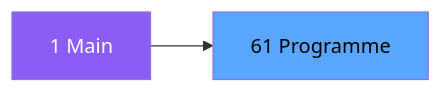
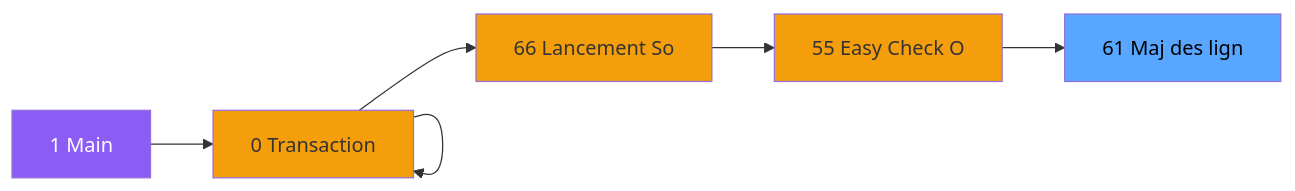
Before and after one commit to thonyAGP/magic-migration: the second of 3 diagrams in .openspec/specs/ADH-IDE-61.md, drawn with Mermaid. The commit also changed other lines of this file and 323 other files, not shown here.

````diff
--- a/.openspec/specs/ADH-IDE-61.md
+++ b/.openspec/specs/ADH-IDE-61.md
@@ -101,8 +121,23 @@
 ```mermaid
 graph LR
     M[1 Main]
-    T[61 Programme]
-    M --> T
+    N0[0 Transaction ]
+    N0[0 Transaction ]
+    N0[0 Transaction ]
+    N66[66 Lancement So]
+    N55[55 Easy Check O]
+    T[61 Maj des lign]
+    M --> N0
+    N0 --> N0
+    N0 --> N0
+    N0 --> N66
+    N66 --> N55
+    N55 --> T
     style M fill:#8b5cf6,color:#fff
+    style N0 fill:#f59e0b
+    style N0 fill:#f59e0b
+    style N0 fill:#f59e0b
+    style N66 fill:#f59e0b
+    style N55 fill:#f59e0b
     style T fill:#58a6ff,color:#000
 ```
````
